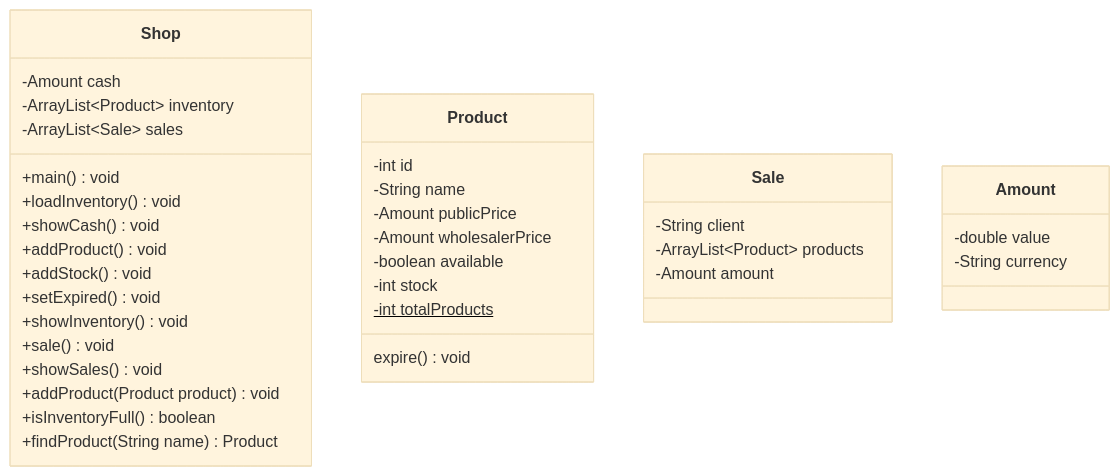
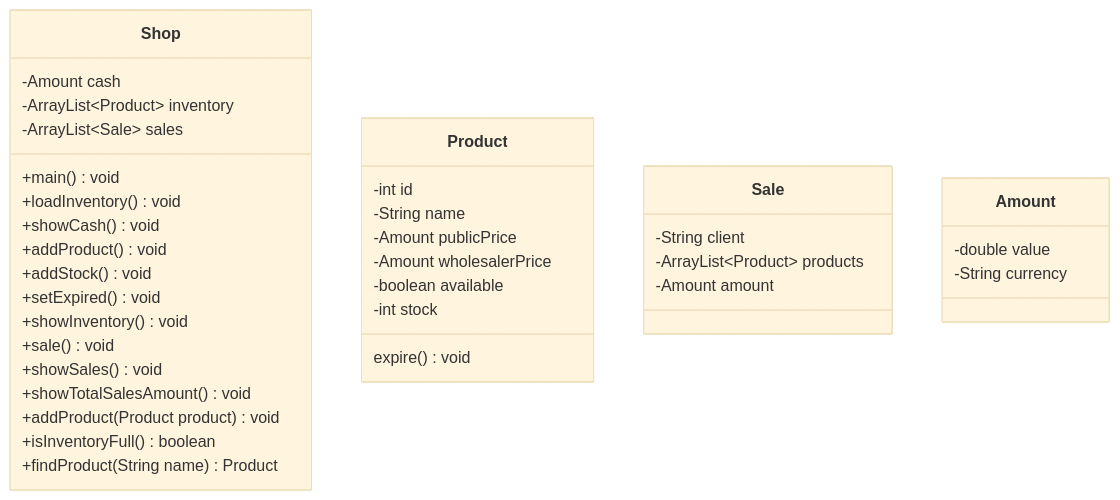
One commit to Ignaciobrenas/SHOP changed the diagram in README.md. Above: the diagram before and after it, drawn with Mermaid (base theme). The commit also changed other lines of this file, not shown here.

````diff
--- a/README.md
+++ b/README.md
@@ -28,39 +57,39 @@
 ```mermaid
 classDiagram
     class Shop{
       -Amount cash
-	  -ArrayList~Product~ inventory  
-      -ArrayList~Sale~ sales 
+      -ArrayList~Product~ inventory  
+      -ArrayList~Sale~ sales
       +main() void
-	  +loadInventory() void
-	  +showCash() void
-	  +addProduct() void
-	  +addStock() void
-	  +setExpired() void
-	  +showInventory() void
-	  +sale() void
-	  +showSales() void
-	  +addProduct(Product product) void
-	  +isInventoryFull() boolean
-	  +findProduct(String name) Product
+      +loadInventory() void
+      +showCash() void
+      +addProduct() void
+      +addStock() void
+      +setExpired() void
+      +showInventory() void
+      +sale() void
+      +showSales() void
+      +showTotalSalesAmount() void
+      +addProduct(Product product) void
+      +isInventoryFull() boolean
+      +findProduct(String name) Product
     }
     class Product{
       -int id
       -String name
       -Amount publicPrice
       -Amount wholesalerPrice
       -boolean available
       -int stock
-      -int totalProducts$
       expire() void
     }
     class Sale{
       -String client
       -ArrayList~Product~ products  
       -Amount amount
     }
     class Amount{
       -double value
-	    -String currency
+      -String currency
     }
 ```
````
